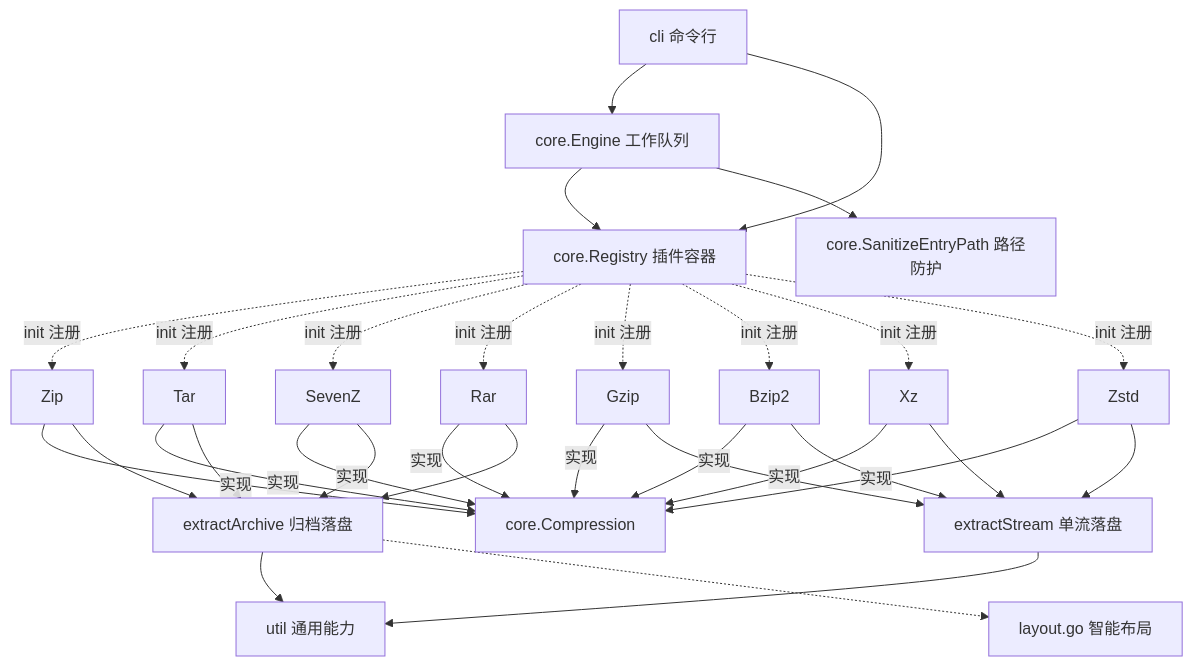
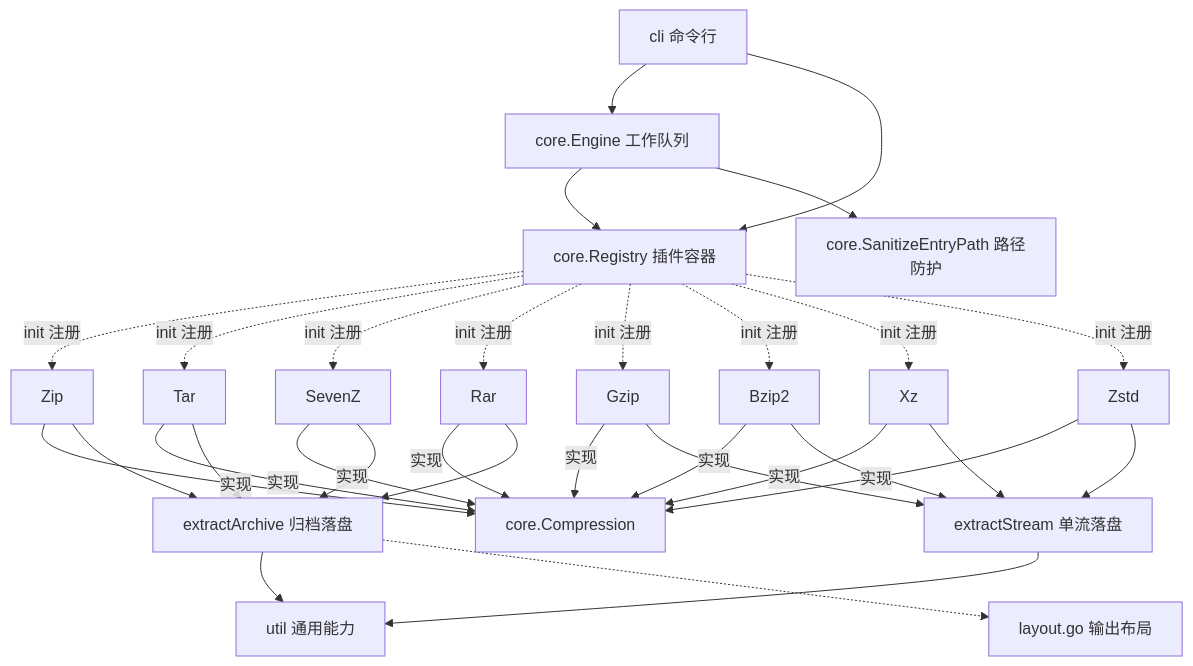
One commit to lx0758/Decompress changed the second of 2 diagrams in README.md. Above: the diagram before and after it, drawn with Mermaid. The commit also changed other lines of this file and 18 other files, not shown here.

````diff
--- a/README.md
+++ b/README.md
@@ -243,20 +291,20 @@
 ```mermaid
 graph TD
   CLI[cli 命令行] --> ENG[core.Engine 工作队列]
   CLI --> REG[core.Registry 插件容器]
   ENG --> REG
   ENG --> SAFE[core.SanitizeEntryPath 路径防护]
   REG -.->|init 注册| ZIP[Zip]
   REG -.->|init 注册| TAR[Tar]
   REG -.->|init 注册| SZ[SevenZ]
   REG -.->|init 注册| RAR[Rar]
   REG -.->|init 注册| GZ[Gzip]
   REG -.->|init 注册| BZ[Bzip2]
   REG -.->|init 注册| XZ[Xz]
   REG -.->|init 注册| ZS[Zstd]
   ZIP & TAR & SZ & RAR & GZ & BZ & XZ & ZS -->|实现| I[core.Compression]
   ZIP & TAR & SZ & RAR --> EA[extractArchive 归档落盘]
   GZ & BZ & XZ & ZS --> ES[extractStream 单流落盘]
   EA & ES --> UTIL[util 通用能力]
-  EA -.-> PLAN[layout.go 智能布局]
+  EA -.-> PLAN[layout.go 输出布局]
 ```
````
